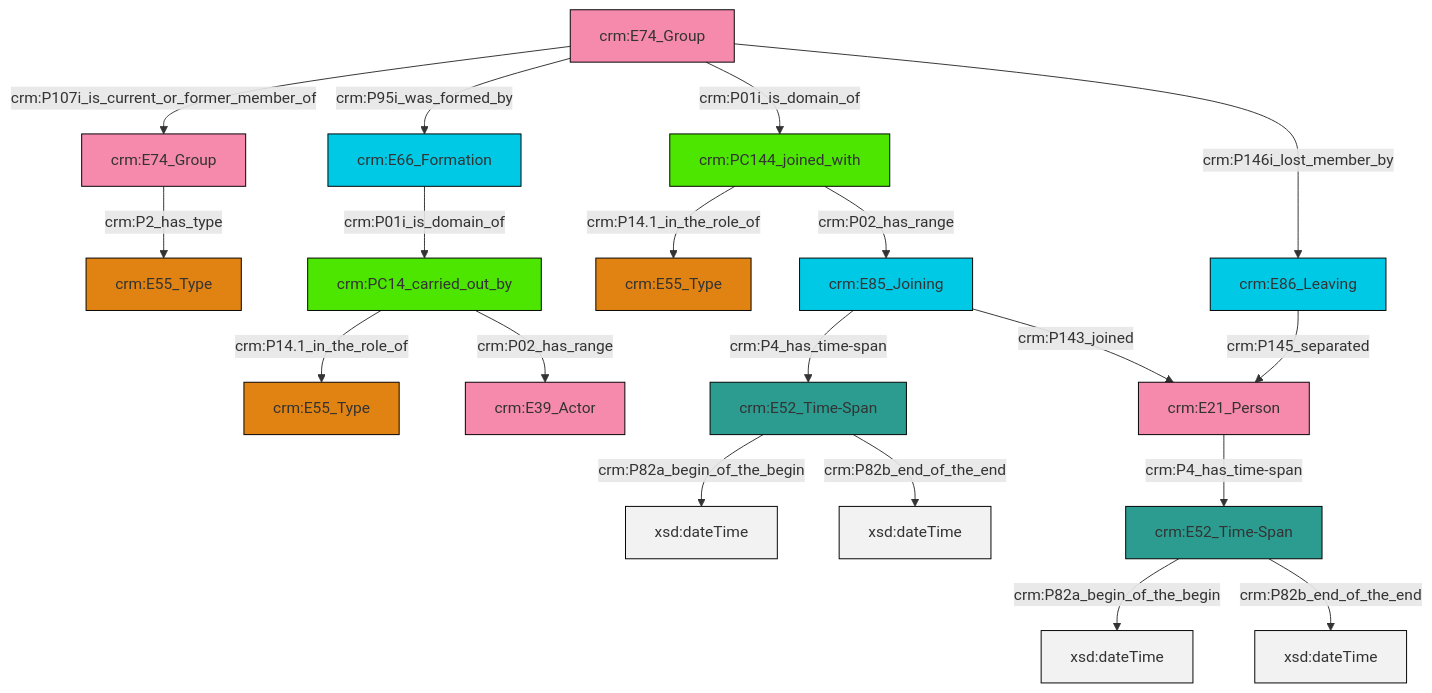
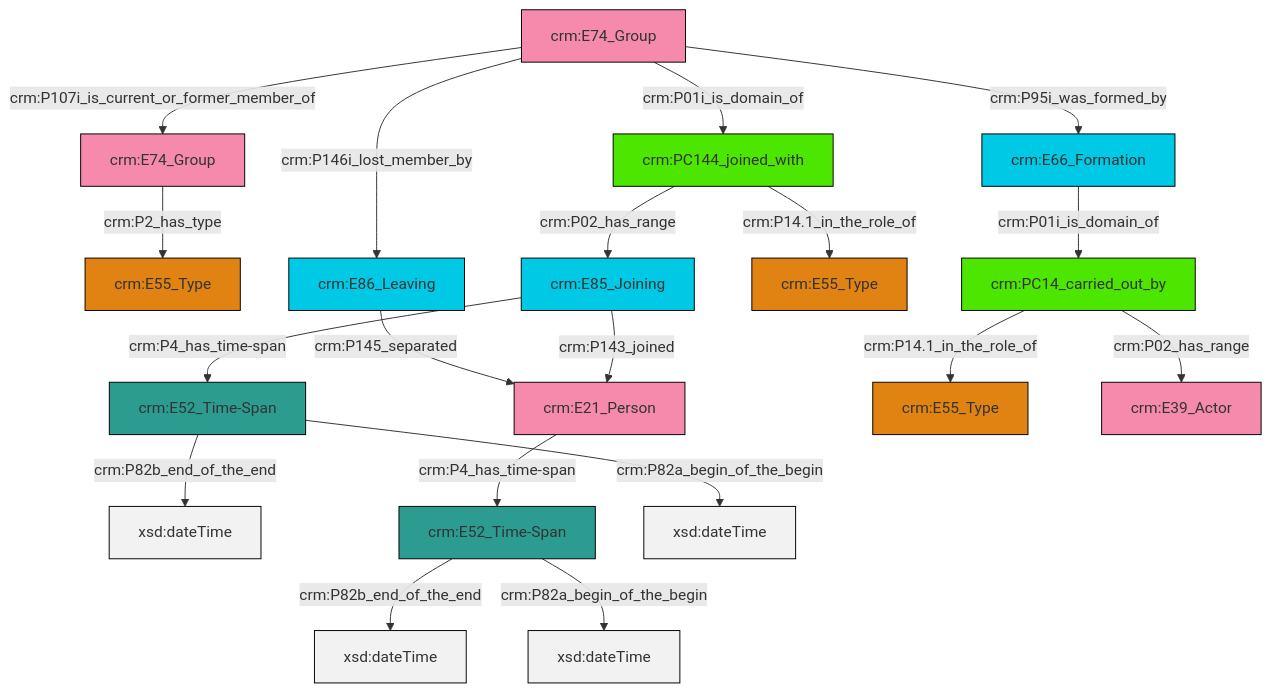
One commit to swiss-art-research-net/reference-data-models changed the diagram in et/groupCSV/ttl/mmd/group_actor_relations.ttl.mmd. Above: the diagram before and after it, drawn with Mermaid. The commit also changed 126 other files, not shown here.

```diff
--- a/et/groupCSV/ttl/mmd/group_actor_relations.ttl.mmd
+++ b/et/groupCSV/ttl/mmd/group_actor_relations.ttl.mmd
@@ -1,33 +1,33 @@
 graph TD
 classDef Literal fill:#f2f2f2,stroke:#000000;
 classDef CRM_Entity fill:#FFFFFF,stroke:#000000;
 classDef Temporal_Entity fill:#00C9E6, stroke:#000000;
 classDef Type fill:#E18312, stroke:#000000;
 classDef Time-Span fill:#2C9C91, stroke:#000000;
 classDef Appellation fill:#FFEB7F, stroke:#000000;
 classDef Place fill:#008836, stroke:#000000;
 classDef Persistent_Item fill:#B266B2, stroke:#000000;
 classDef Conceptual_Object fill:#FFD700, stroke:#000000;
 classDef Physical_Thing fill:#D2B48C, stroke:#000000;
 classDef Actor fill:#f58aad, stroke:#000000;
 classDef PC_Classes fill:#4ce600, stroke:#000000;
 classDef Multi fill:#cccccc,stroke:#000000;
 
-6["crm:E74_Group"]:::Actor -->|crm:P107i_is_current_or_former_member_of| 7["crm:E74_Group"]:::Actor
-7["crm:E74_Group"]:::Actor -->|crm:P2_has_type| 8["crm:E55_Type"]:::Type
-9["crm:E85_Joining"]:::Temporal_Entity -->|crm:P4_has_time-span| 0["crm:E52_Time-Span"]:::Time-Span
-10["crm:E66_Formation"]:::Temporal_Entity -->|crm:P01i_is_domain_of| 12["crm:PC14_carried_out_by"]:::PC_Classes
-13["crm:PC144_joined_with"]:::PC_Classes -->|crm:P14.1_in_the_role_of| 14["crm:E55_Type"]:::Type
-12["crm:PC14_carried_out_by"]:::PC_Classes -->|crm:P14.1_in_the_role_of| 16["crm:E55_Type"]:::Type
-6["crm:E74_Group"]:::Actor -->|crm:P95i_was_formed_by| 10["crm:E66_Formation"]:::Temporal_Entity
-2["crm:E21_Person"]:::Actor -->|crm:P4_has_time-span| 20["crm:E52_Time-Span"]:::Time-Span
-0["crm:E52_Time-Span"]:::Time-Span -->|crm:P82a_begin_of_the_begin| 21[xsd:dateTime]:::Literal
-20["crm:E52_Time-Span"]:::Time-Span -->|crm:P82a_begin_of_the_begin| 22[xsd:dateTime]:::Literal
-0["crm:E52_Time-Span"]:::Time-Span -->|crm:P82b_end_of_the_end| 25[xsd:dateTime]:::Literal
-20["crm:E52_Time-Span"]:::Time-Span -->|crm:P82b_end_of_the_end| 27[xsd:dateTime]:::Literal
-6["crm:E74_Group"]:::Actor -->|crm:P01i_is_domain_of| 13["crm:PC144_joined_with"]:::PC_Classes
-6["crm:E74_Group"]:::Actor -->|crm:P146i_lost_member_by| 4["crm:E86_Leaving"]:::Temporal_Entity
-12["crm:PC14_carried_out_by"]:::PC_Classes -->|crm:P02_has_range| 17["crm:E39_Actor"]:::Actor
-9["crm:E85_Joining"]:::Temporal_Entity -->|crm:P143_joined| 2["crm:E21_Person"]:::Actor
-13["crm:PC144_joined_with"]:::PC_Classes -->|crm:P02_has_range| 9["crm:E85_Joining"]:::Temporal_Entity
-4["crm:E86_Leaving"]:::Temporal_Entity -->|crm:P145_separated| 2["crm:E21_Person"]:::Actor
+2["crm:E52_Time-Span"]:::Time-Span -->|crm:P82b_end_of_the_end| 3[xsd:dateTime]:::Literal
+5["crm:E52_Time-Span"]:::Time-Span -->|crm:P82b_end_of_the_end| 6[xsd:dateTime]:::Literal
+7["crm:E21_Person"]:::Actor -->|crm:P4_has_time-span| 5["crm:E52_Time-Span"]:::Time-Span
+10["crm:E86_Leaving"]:::Temporal_Entity -->|crm:P145_separated| 7["crm:E21_Person"]:::Actor
+22["crm:PC144_joined_with"]:::PC_Classes -->|crm:P02_has_range| 14["crm:E85_Joining"]:::Temporal_Entity
+24["crm:PC14_carried_out_by"]:::PC_Classes -->|crm:P14.1_in_the_role_of| 8["crm:E55_Type"]:::Type
+18["crm:E66_Formation"]:::Temporal_Entity -->|crm:P01i_is_domain_of| 24["crm:PC14_carried_out_by"]:::PC_Classes
+14["crm:E85_Joining"]:::Temporal_Entity -->|crm:P4_has_time-span| 2["crm:E52_Time-Span"]:::Time-Span
+24["crm:PC14_carried_out_by"]:::PC_Classes -->|crm:P02_has_range| 27["crm:E39_Actor"]:::Actor
+2["crm:E52_Time-Span"]:::Time-Span -->|crm:P82a_begin_of_the_begin| 28[xsd:dateTime]:::Literal
+16["crm:E74_Group"]:::Actor -->|crm:P146i_lost_member_by| 10["crm:E86_Leaving"]:::Temporal_Entity
+16["crm:E74_Group"]:::Actor -->|crm:P95i_was_formed_by| 18["crm:E66_Formation"]:::Temporal_Entity
+5["crm:E52_Time-Span"]:::Time-Span -->|crm:P82a_begin_of_the_begin| 31[xsd:dateTime]:::Literal
+14["crm:E85_Joining"]:::Temporal_Entity -->|crm:P143_joined| 7["crm:E21_Person"]:::Actor
+16["crm:E74_Group"]:::Actor -->|crm:P107i_is_current_or_former_member_of| 12["crm:E74_Group"]:::Actor
+22["crm:PC144_joined_with"]:::PC_Classes -->|crm:P14.1_in_the_role_of| 20["crm:E55_Type"]:::Type
+12["crm:E74_Group"]:::Actor -->|crm:P2_has_type| 0["crm:E55_Type"]:::Type
+16["crm:E74_Group"]:::Actor -->|crm:P01i_is_domain_of| 22["crm:PC144_joined_with"]:::PC_Classes
```
